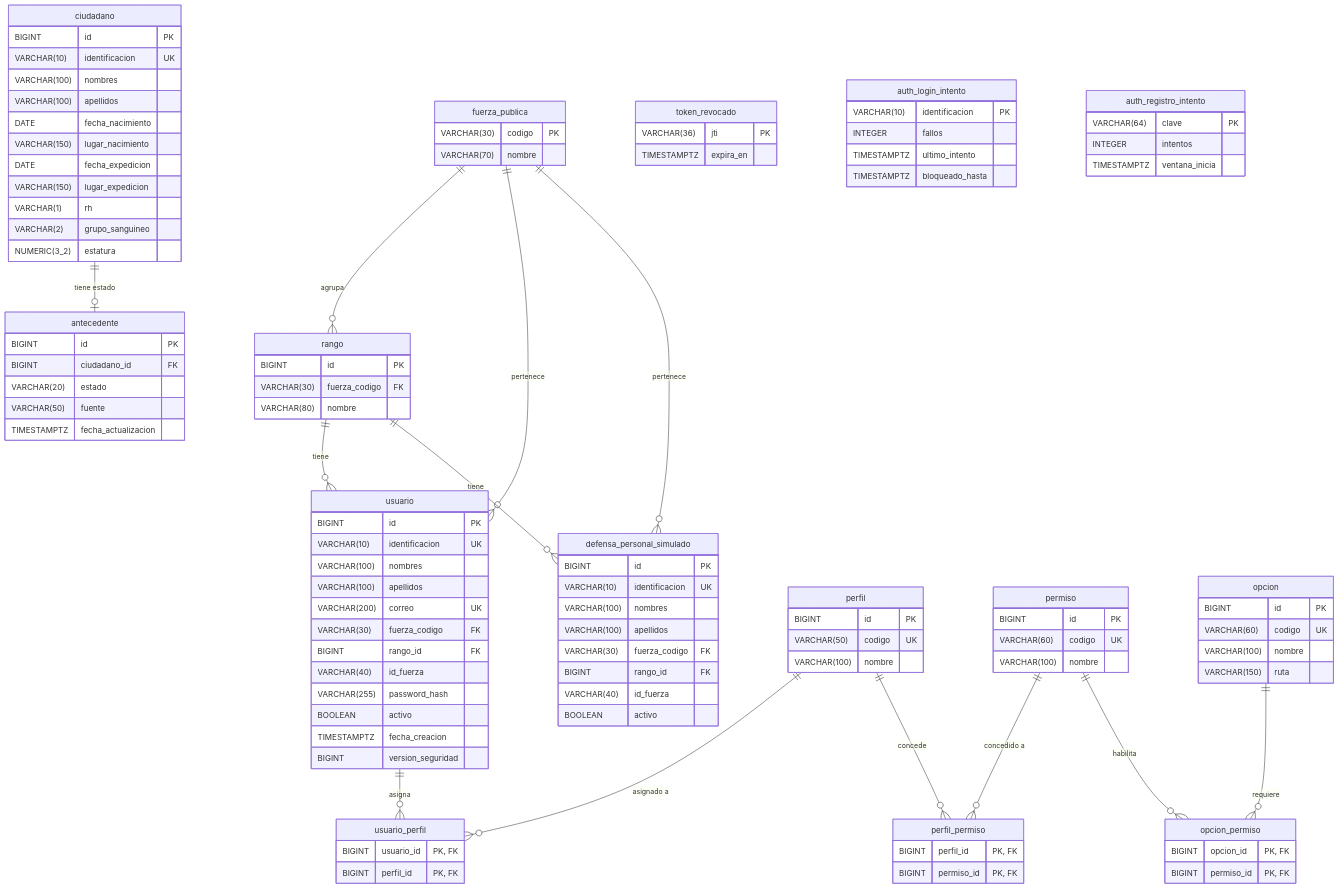
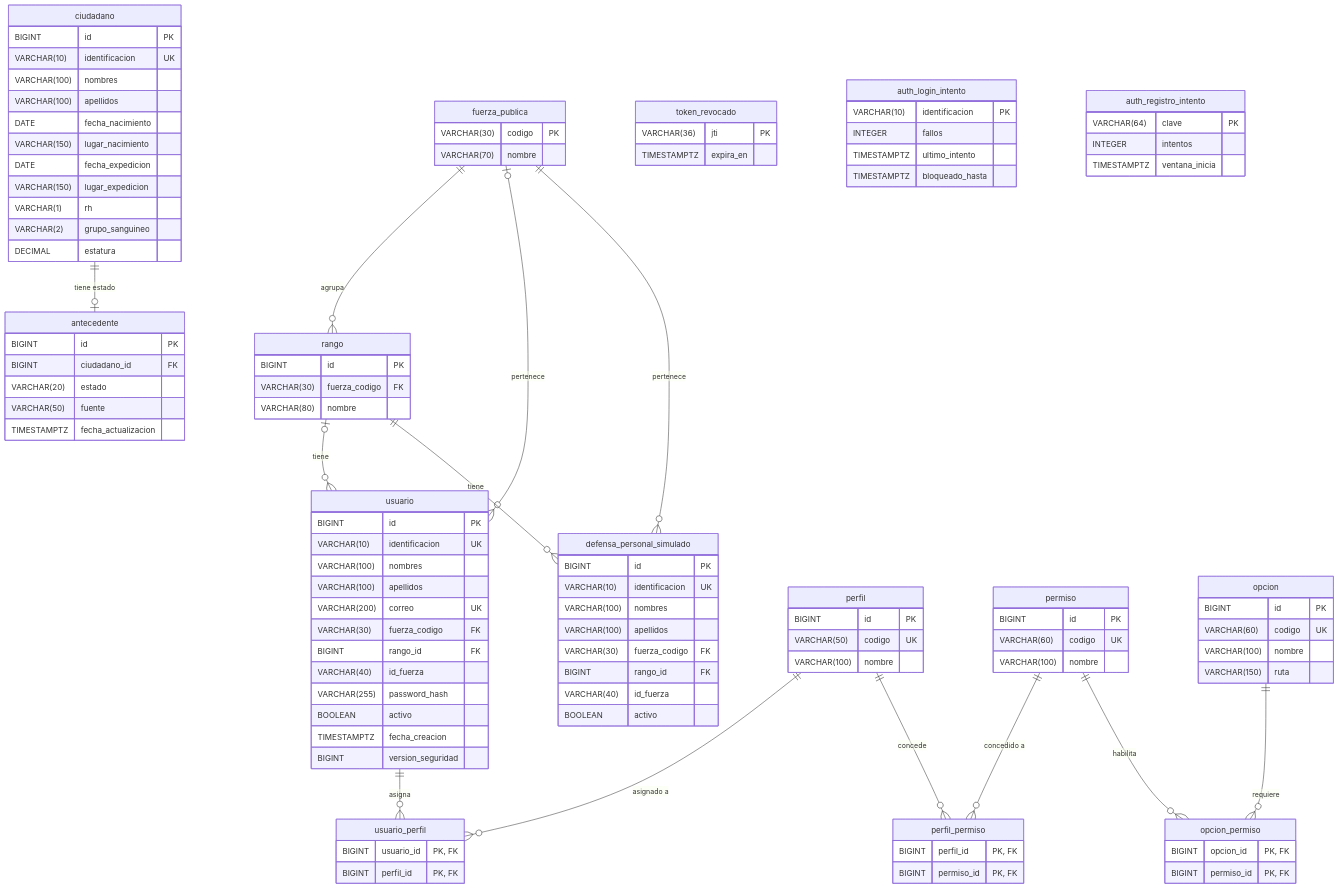
Before and after one commit to Landrea28/Ingenieria-de-Software-Uno: the diagram in proyecto/backend/docs/modelo-datos/modelo-er.md, drawn with Mermaid. The commit also changed other lines of this file and 6 other files, not shown here.

Commit message:
docs(datos): corrige cardinalidad del modelo ER y agrega modelo conceptual

```diff
--- a/proyecto/backend/docs/modelo-datos/modelo-er.md
+++ b/proyecto/backend/docs/modelo-datos/modelo-er.md
@@ -10,8 +10,8 @@
 erDiagram
     ciudadano ||--o| antecedente : "tiene estado"
     fuerza_publica ||--o{ rango : "agrupa"
-    fuerza_publica ||--o{ usuario : "pertenece"
-    rango ||--o{ usuario : "tiene"
+    fuerza_publica |o--o{ usuario : "pertenece"
+    rango |o--o{ usuario : "tiene"
     fuerza_publica ||--o{ defensa_personal_simulado : "pertenece"
     rango ||--o{ defensa_personal_simulado : "tiene"
     usuario ||--o{ usuario_perfil : "asigna"
@@ -32,7 +32,7 @@
         VARCHAR(150) lugar_expedicion
         VARCHAR(1) rh
         VARCHAR(2) grupo_sanguineo
-        NUMERIC(3_2) estatura
+        DECIMAL estatura
     }
 
     antecedente {
```
